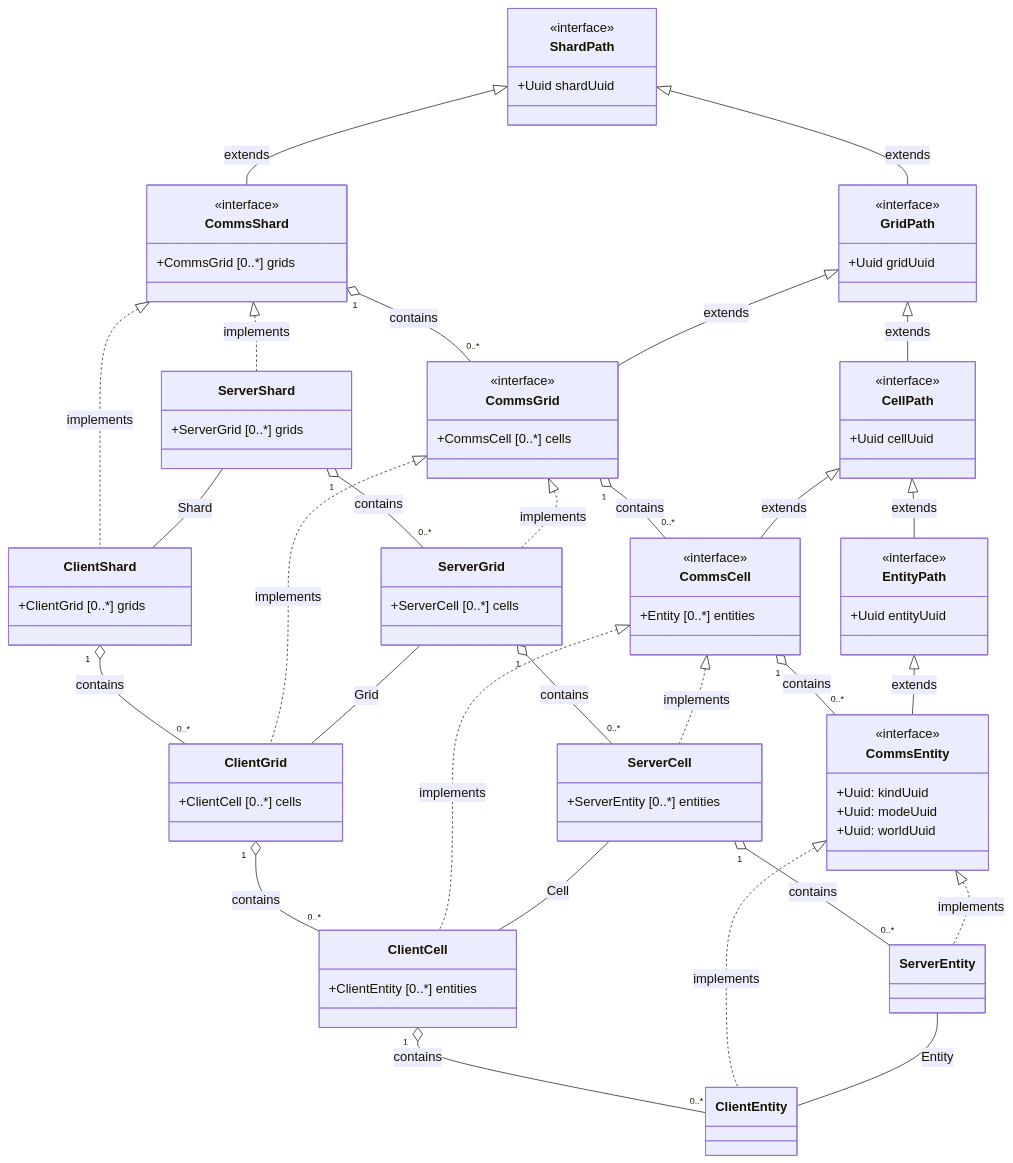
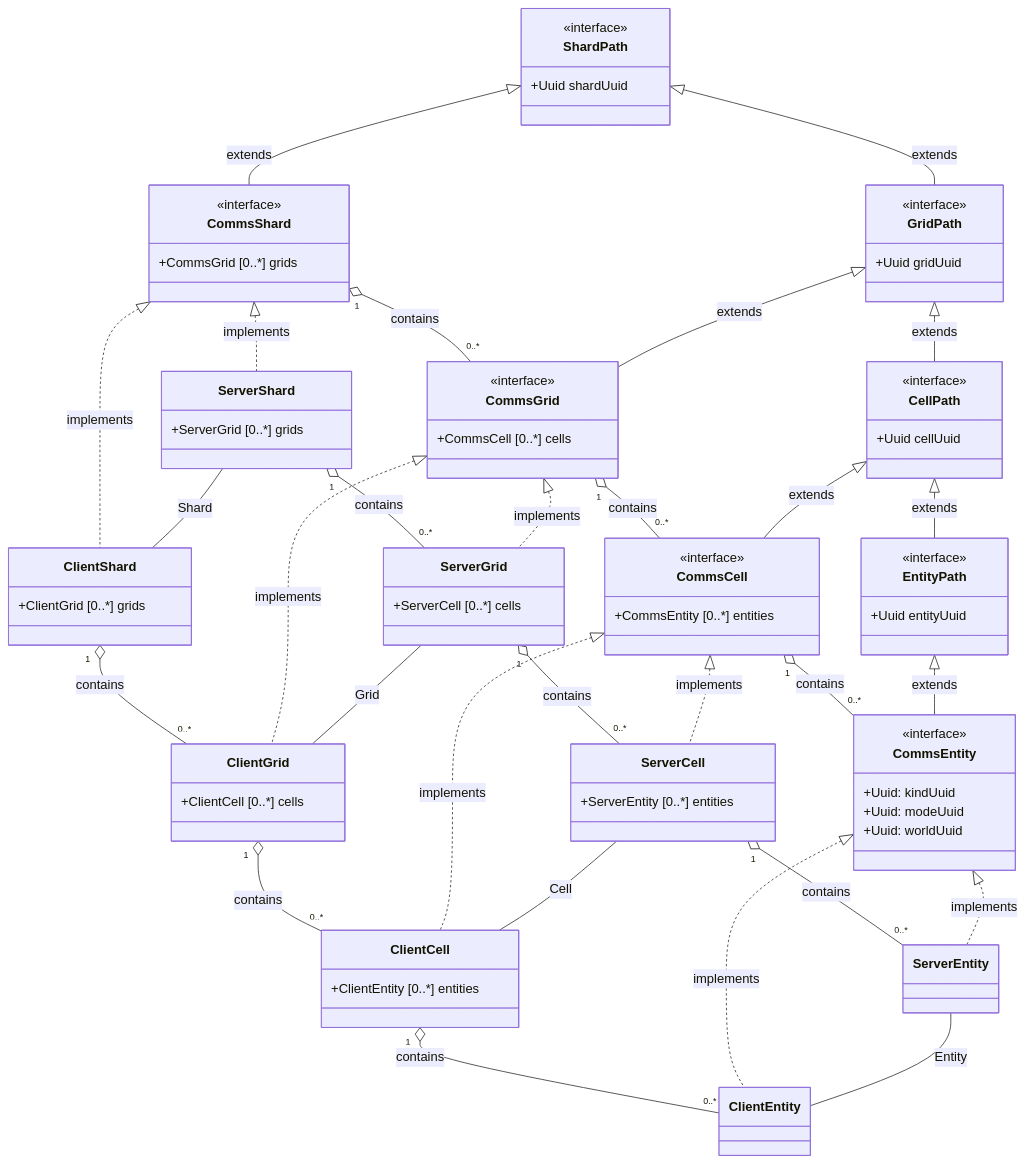
Before and after one commit to cpuabuse/dungeon-together: the diagram in src/docs/comms.md, drawn with Mermaid. The commit also changed 1 other file, not shown here.

Commit message:
Add: Shard test template

```diff
--- a/src/docs/comms.md
+++ b/src/docs/comms.md
@@ -60,7 +60,7 @@
 
 	class CommsCell{
 		<<interface>>
-		+Entity [0..*] entities
+		+CommsEntity [0..*] entities
 	}
 
 	class ServerCell{
```
